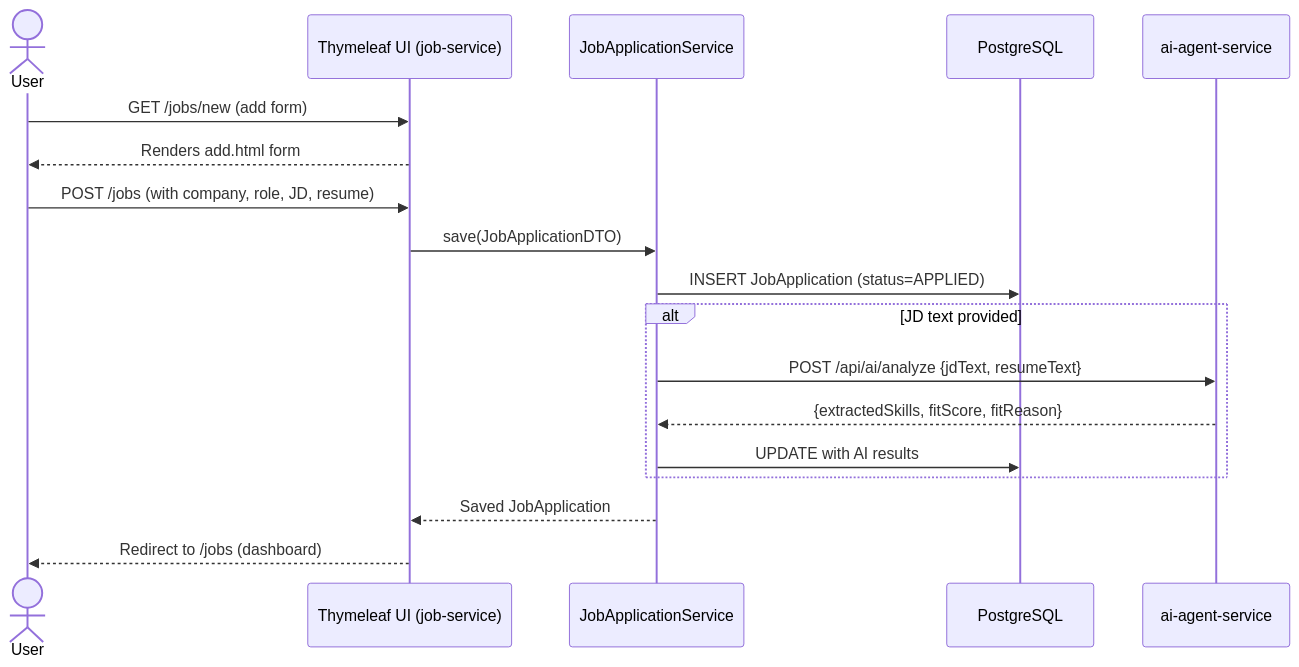
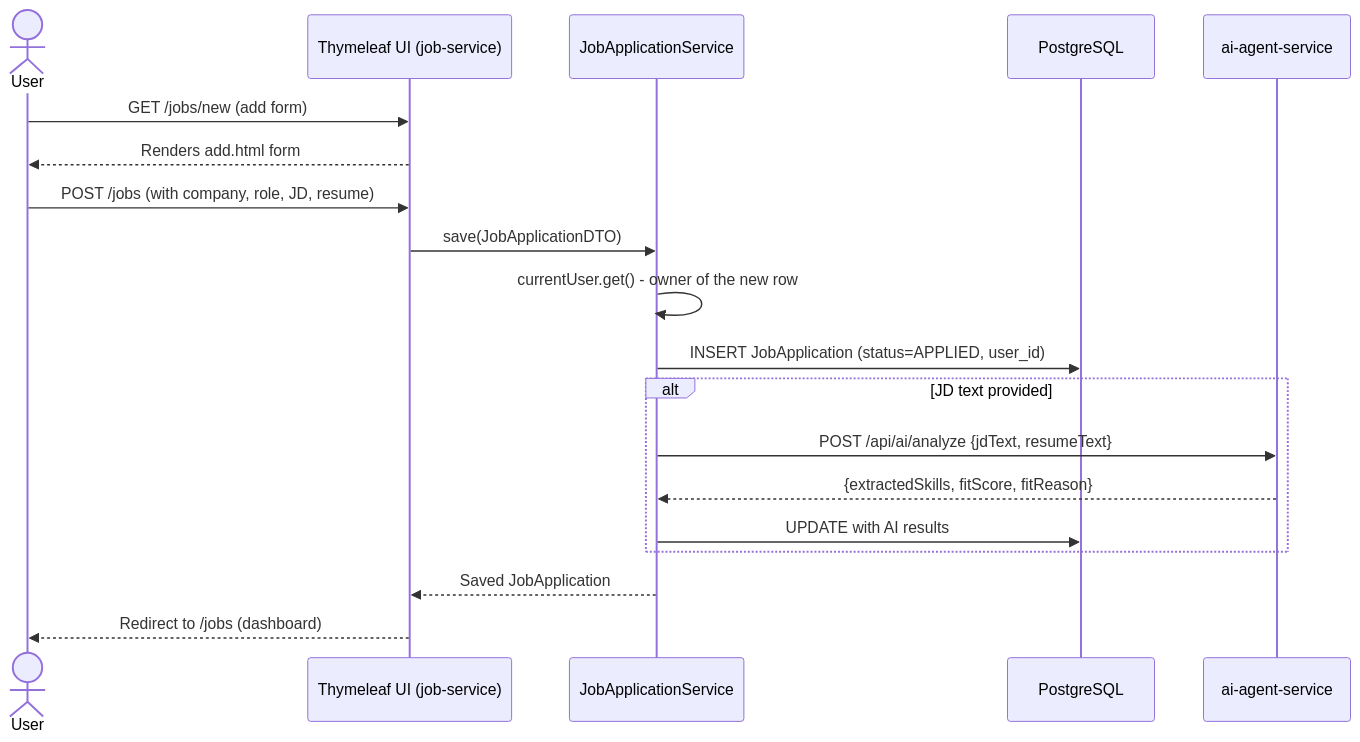
Before and after one commit to AdityaDeveloper-pixel/ai-job-tracker: the sixth of 12 diagrams in project_flow.md, drawn with Mermaid. The commit also changed other lines of this file and 1 other file, not shown here.

````diff
--- a/project_flow.md
+++ b/project_flow.md
@@ -38,21 +156,22 @@
 ```mermaid
 sequenceDiagram
     actor User
     participant UI as Thymeleaf UI (job-service)
     participant SVC as JobApplicationService
     participant DB as PostgreSQL
     participant AI as ai-agent-service
 
     User->>UI: GET /jobs/new (add form)
     UI-->>User: Renders add.html form
     User->>UI: POST /jobs (with company, role, JD, resume)
     UI->>SVC: save(JobApplicationDTO)
-    SVC->>DB: INSERT JobApplication (status=APPLIED)
+    SVC->>SVC: currentUser.get() - owner of the new row
+    SVC->>DB: INSERT JobApplication (status=APPLIED, user_id)
     alt JD text provided
         SVC->>AI: POST /api/ai/analyze {jdText, resumeText}
         AI-->>SVC: {extractedSkills, fitScore, fitReason}
         SVC->>DB: UPDATE with AI results
     end
     SVC-->>UI: Saved JobApplication
     UI-->>User: Redirect to /jobs (dashboard)
 ```
````
